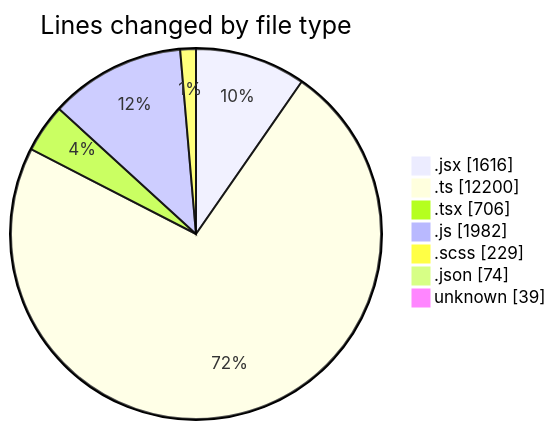
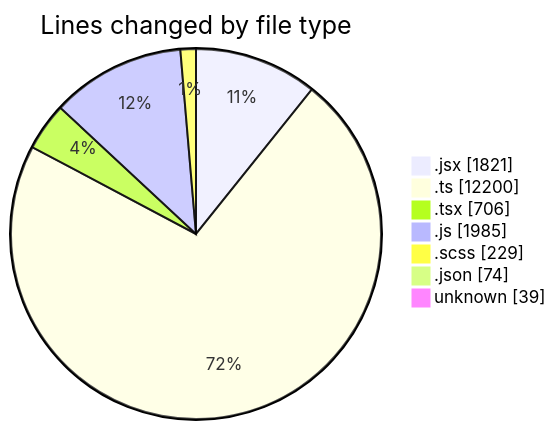
One commit to momahboobian/code-tracking changed the first of 2 diagrams in 2025-06-05/cda/README.md. Above: the diagram before and after it, drawn with Mermaid. The commit also changed other lines of this file and 1 other file, not shown here.

````diff
--- a/2025-06-05/cda/README.md
+++ b/2025-06-05/cda/README.md
@@ -43,11 +47,11 @@
 ```mermaid
 pie showData
 title Lines changed by file type
-".jsx" : 1616
+".jsx" : 1821
 ".ts" : 12200
 ".tsx" : 706
-".js" : 1982
+".js" : 1985
 ".scss" : 229
 ".json" : 74
 "unknown" : 39
 ```
````
